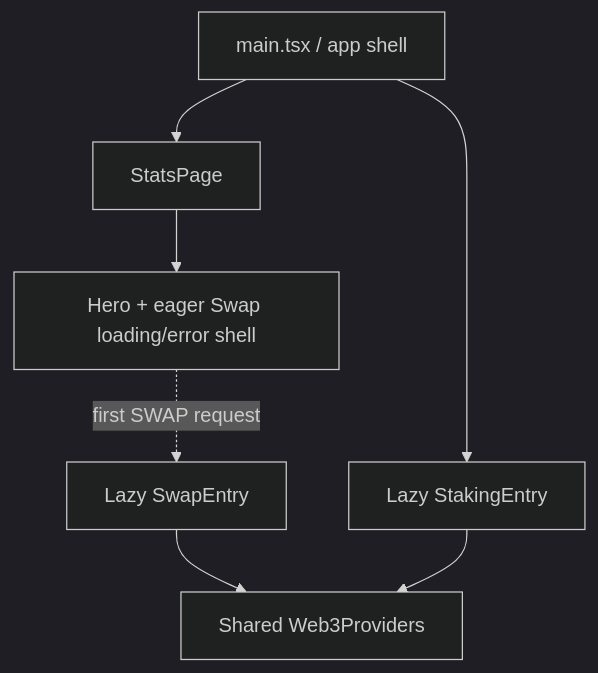
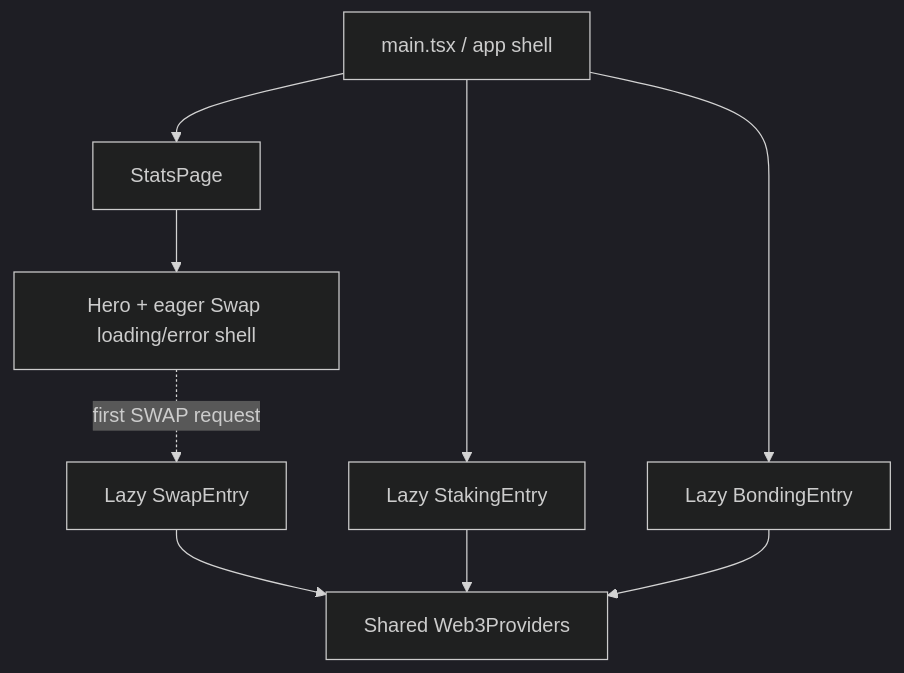
One commit to lx-production/prana-stats-revamp changed the diagram in docs/SHARED_CODE_ARCHITECTURE.md. Above: the diagram before and after it, drawn with Mermaid (dark theme). The commit also changed other lines of this file and 78 other files, not shown here.

````diff
--- a/docs/SHARED_CODE_ARCHITECTURE.md
+++ b/docs/SHARED_CODE_ARCHITECTURE.md
@@ -22,16 +23,19 @@
 ```mermaid
 flowchart TD
   root["main.tsx / app shell"]
   stats["StatsPage"]
   hero["Hero + eager Swap loading/error shell"]
   swap["Lazy SwapEntry"]
   staking["Lazy StakingEntry"]
+  bonding["Lazy BondingEntry"]
   web3["Shared Web3Providers"]
 
   root --> stats
   root --> staking
+  root --> bonding
   stats --> hero
   hero -. "first SWAP request" .-> swap
   swap --> web3
   staking --> web3
+  bonding --> web3
 ```
````
